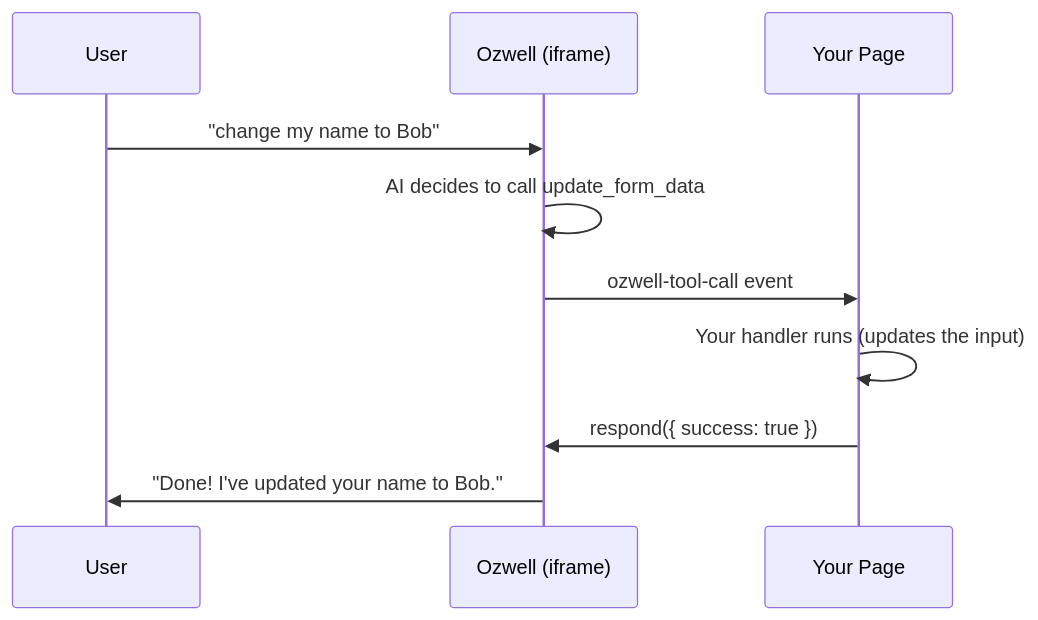
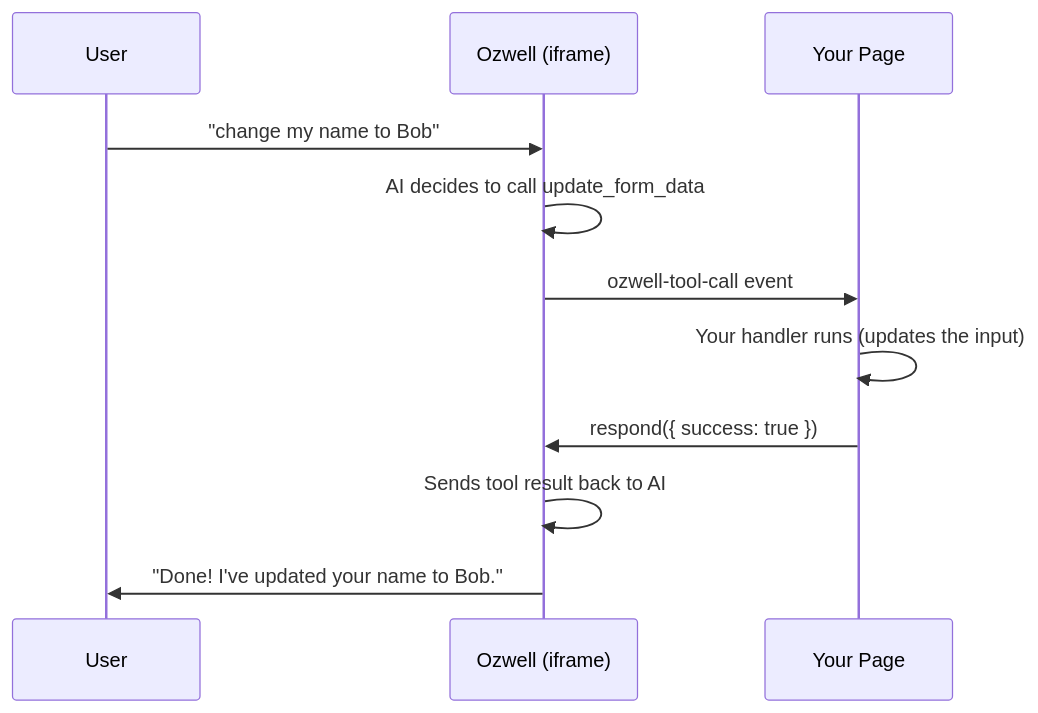
One commit to mieweb/ozwellai-api changed the diagram in docs/frontend/cdn-embed.md. Above: the diagram before and after it, drawn with Mermaid. The commit also changed other lines of this file and 5 other files, not shown here.

Commit message:
fix: align widget tool result flow with OpenAI

````diff
--- a/docs/frontend/cdn-embed.md
+++ b/docs/frontend/cdn-embed.md
@@ -164,13 +164,14 @@
 ```mermaid
 sequenceDiagram
     participant User
     participant Ozwell as Ozwell (iframe)
     participant Page as Your Page
 
     User->>Ozwell: "change my name to Bob"
     Ozwell->>Ozwell: AI decides to call update_form_data
     Ozwell->>Page: ozwell-tool-call event
     Page->>Page: Your handler runs (updates the input)
     Page->>Ozwell: respond({ success: true })
+    Ozwell->>Ozwell: Sends tool result back to AI
     Ozwell->>User: "Done! I've updated your name to Bob."
 ```
````
